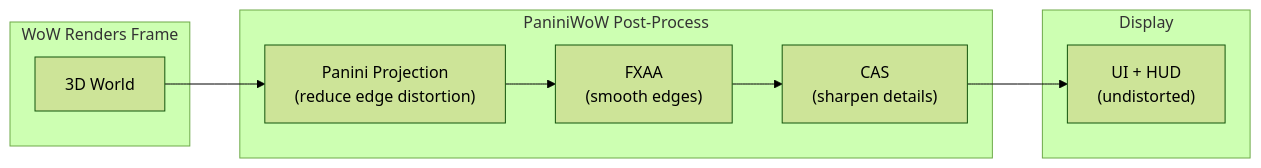
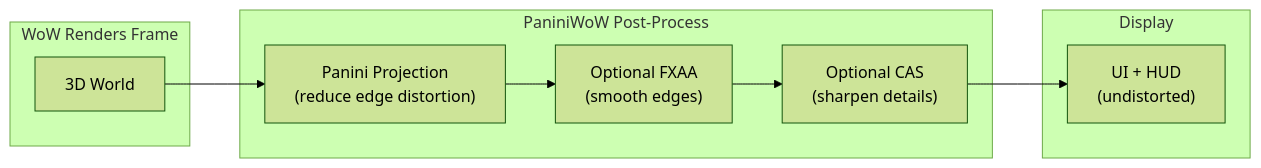
One commit to mannie-exe/panini-wow changed the diagram in README.md. Above: the diagram before and after it, drawn with Mermaid (forest theme). The commit also changed other lines of this file, not shown here.

````diff
--- a/README.md
+++ b/README.md
@@ -66,18 +66,18 @@
 ```mermaid
 flowchart LR
     subgraph WoW["WoW Renders Frame"]
         A[3D World]
     end
 
     subgraph PaniniWoW["PaniniWoW Post-Process"]
         B["Panini Projection\n(reduce edge distortion)"]
-        C["FXAA\n(smooth edges)"]
-        D["CAS\n(sharpen details)"]
+        C["Optional FXAA\n(smooth edges)"]
+        D["Optional CAS\n(sharpen details)"]
     end
 
     subgraph Display["Display"]
         E["UI + HUD\n(undistorted)"]
     end
 
     A --> B --> C --> D --> E
 ```
````
